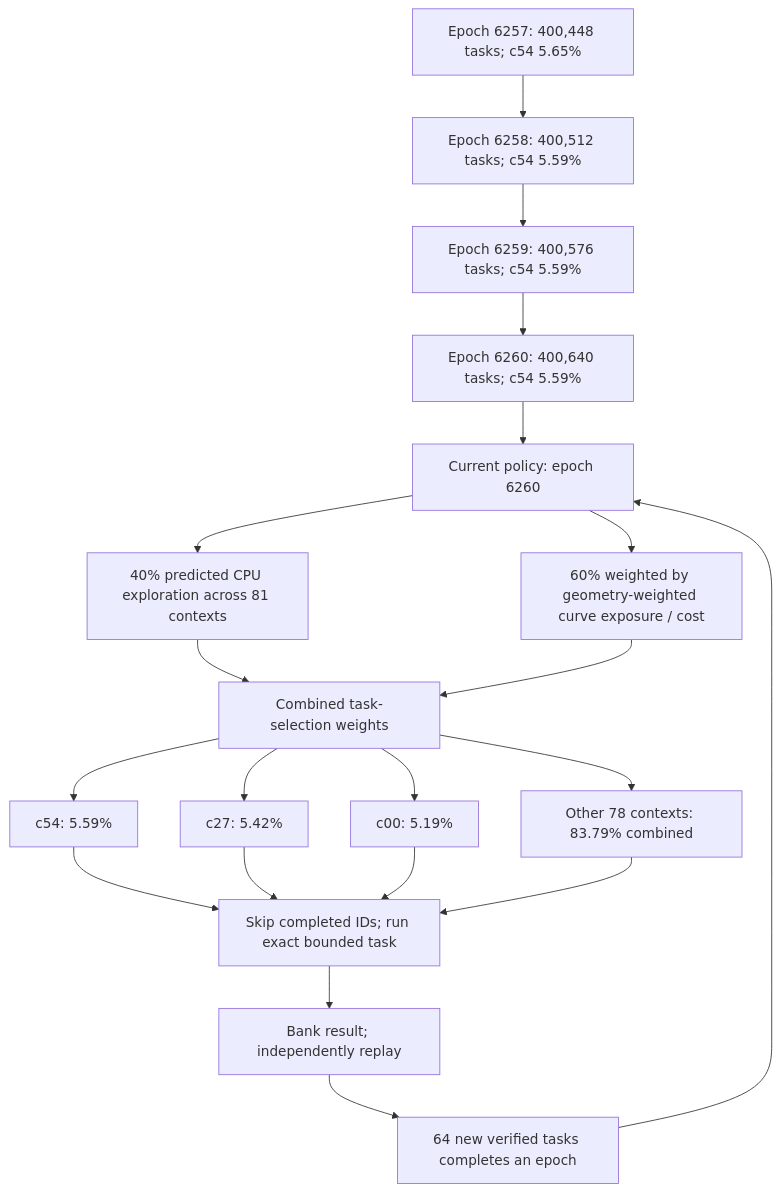
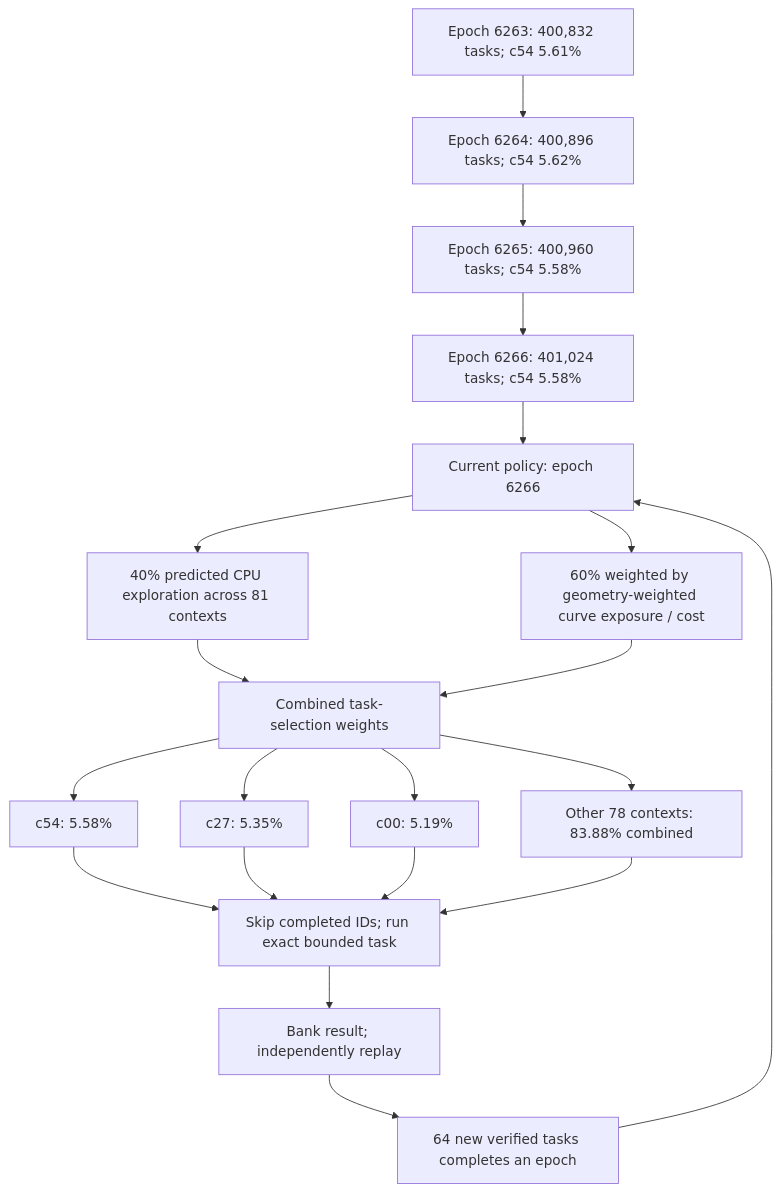
Before and after one commit to Kuberwastaken/math-gambling: the first of 4 diagrams in README.md, drawn with Mermaid. The commit also changed other lines of this file and 1489 other files, not shown here.

````diff
--- a/README.md
+++ b/README.md
@@ -60,27 +60,27 @@
 ```mermaid
 flowchart TD
-    H0["Epoch 6257: 400,448 tasks; c54 5.65%"]
-    H1["Epoch 6258: 400,512 tasks; c54 5.59%"]
+    H0["Epoch 6263: 400,832 tasks; c54 5.61%"]
+    H1["Epoch 6264: 400,896 tasks; c54 5.62%"]
     H0 --> H1
-    H2["Epoch 6259: 400,576 tasks; c54 5.59%"]
+    H2["Epoch 6265: 400,960 tasks; c54 5.58%"]
     H1 --> H2
-    H3["Epoch 6260: 400,640 tasks; c54 5.59%"]
+    H3["Epoch 6266: 401,024 tasks; c54 5.58%"]
     H2 --> H3
-    Policy["Current policy: epoch 6260"]
+    Policy["Current policy: epoch 6266"]
     H3 --> Policy
     Policy --> Explore["40% predicted CPU exploration across 81 contexts"]
     Policy --> Cost["60% weighted by geometry-weighted curve exposure / cost"]
     Explore --> Mix["Combined task-selection weights"]
     Cost --> Mix
-    Mix --> C0["c54: 5.59%"]
-    Mix --> C1["c27: 5.42%"]
+    Mix --> C0["c54: 5.58%"]
+    Mix --> C1["c27: 5.35%"]
     Mix --> C2["c00: 5.19%"]
-    Mix --> Rest["Other 78 contexts: 83.79% combined"]
+    Mix --> Rest["Other 78 contexts: 83.88% combined"]
     C0 --> Check["Skip completed IDs; run exact bounded task"]
     C1 --> Check
     C2 --> Check
     Rest --> Check
     Check --> Replay["Bank result; independently replay"]
     Replay --> Gate["64 new verified tasks completes an epoch"]
     Gate --> Policy
 ```
````
